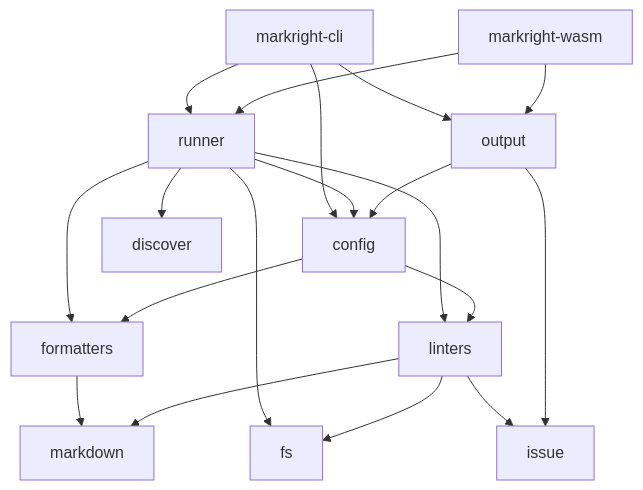
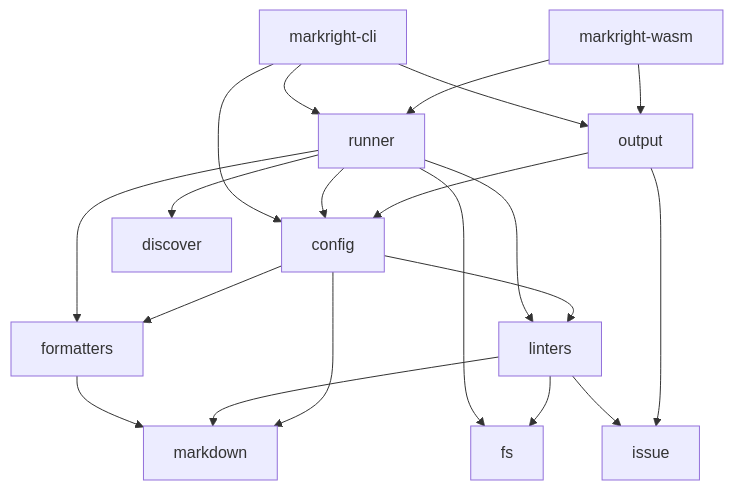
Before and after one commit to vertyll/markright: the second of 2 diagrams in docs/architecture.md, drawn with Mermaid. The commit also changed other lines of this file and 18 other files, not shown here.

````diff
--- a/docs/architecture.md
+++ b/docs/architecture.md
@@ -60,21 +60,22 @@
 ```mermaid
 flowchart TD
     cli[markright-cli] --> runner
     cli --> config
     cli --> output
     wasm[markright-wasm] --> runner
     wasm --> output
     runner --> formatters
     runner --> linters
     runner --> discover
     runner --> fs
     runner --> config
     formatters --> markdown
     linters --> markdown
     linters --> fs
     linters --> issue
     config --> formatters
     config --> linters
+    config --> markdown
     output --> config
     output --> issue
 ```
````
